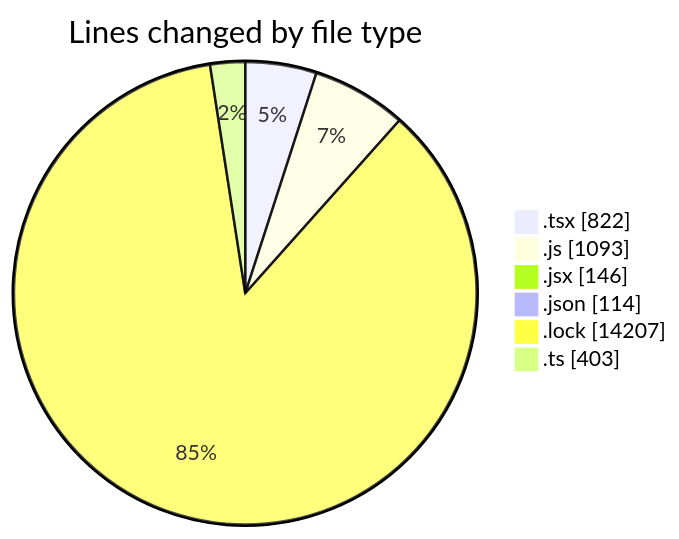
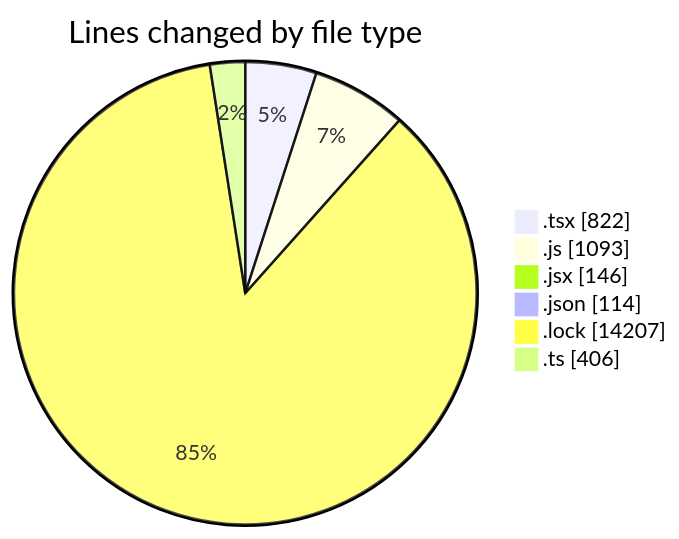
Before and after one commit to momahboobian/code-tracking: the first of 2 diagrams in 2025-05-08/cda/README.md, drawn with Mermaid. The commit also changed other lines of this file and 1 other file, not shown here.

````diff
--- a/2025-05-08/cda/README.md
+++ b/2025-05-08/cda/README.md
@@ -38,10 +38,10 @@
 ```mermaid
 pie showData
 title Lines changed by file type
 ".tsx" : 822
 ".js" : 1093
 ".jsx" : 146
 ".json" : 114
 ".lock" : 14207
-".ts" : 403
+".ts" : 406
 ```
````
